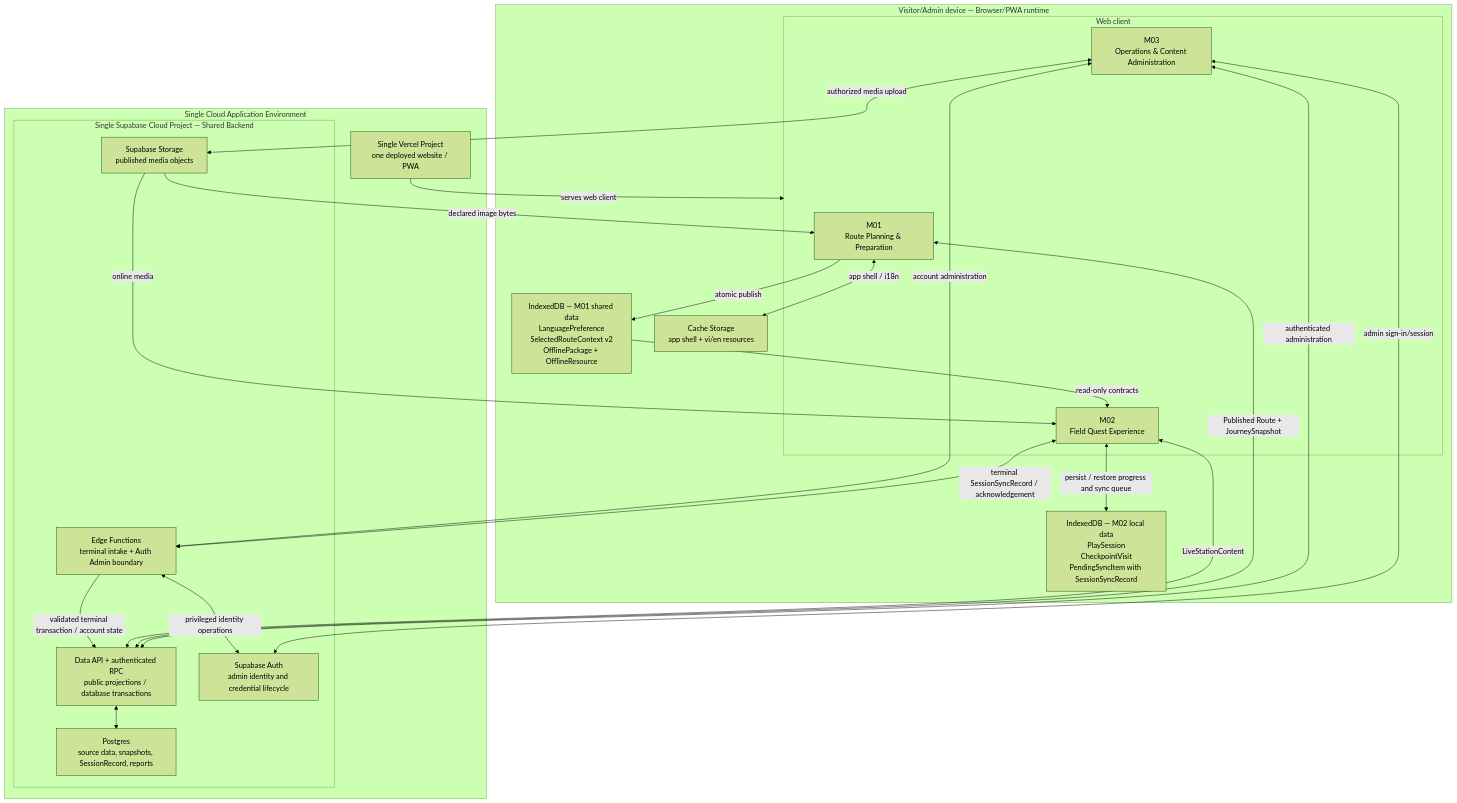
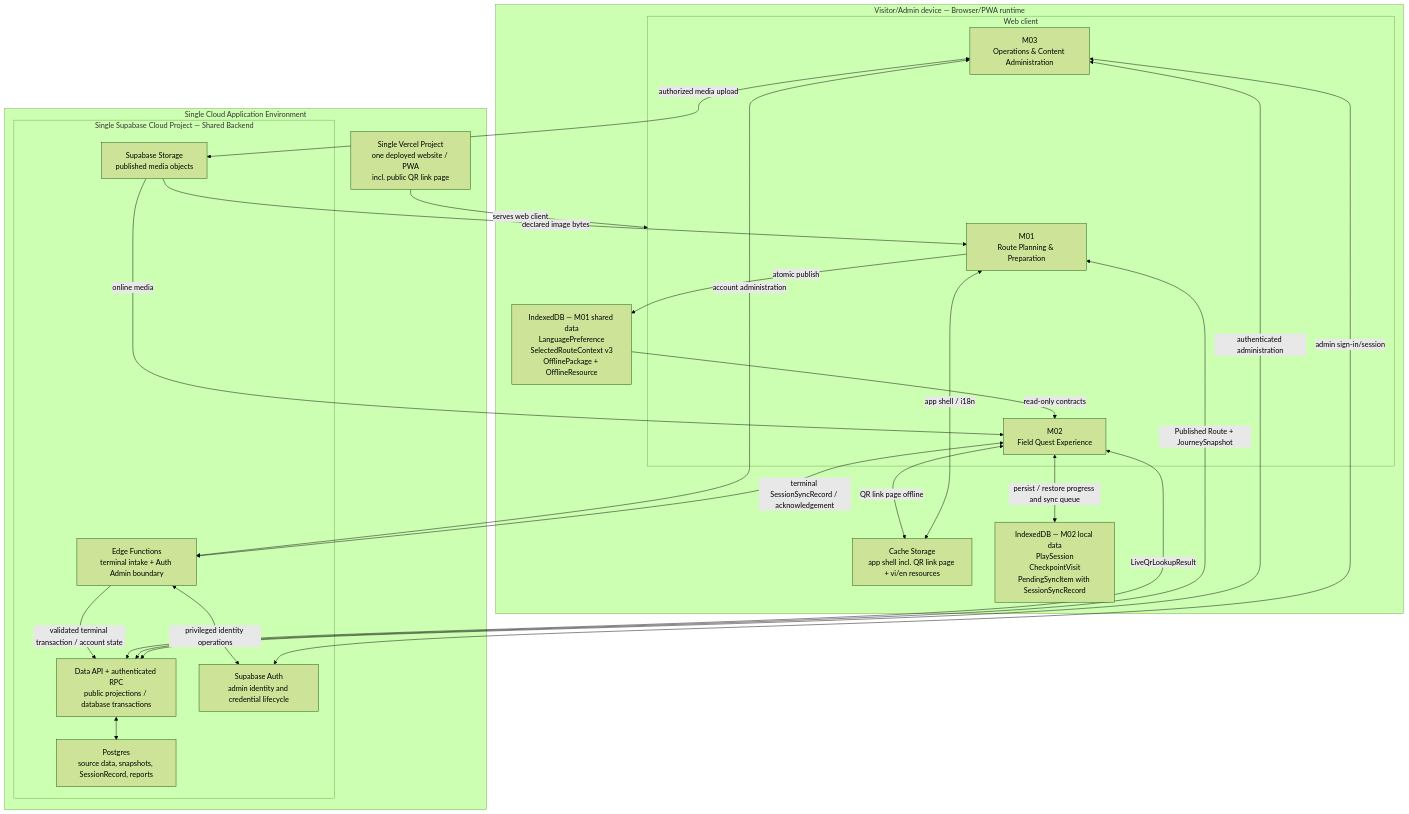
Before and after one commit to MckhueVanPhuc/Refactor-Cuc-Phuong: the diagram in docs/architecture/system-configuration.md, drawn with Mermaid (forest theme). The commit also changed other lines of this file and 6 other files, not shown here.

First line of the commit message:
docs: rebaseline architecture documents for V2

````diff
--- a/docs/architecture/system-configuration.md
+++ b/docs/architecture/system-configuration.md
@@ -15,47 +15,48 @@
 ```mermaid
 flowchart TB
     subgraph cloud["Single Cloud Application Environment"]
-        staticHost["Single Vercel Project<br/>one deployed website / PWA"]
+        staticHost["Single Vercel Project<br/>one deployed website / PWA<br/>incl. public QR link page"]
 
         subgraph backend["Single Supabase Cloud Project — Shared Backend"]
             serviceBoundary["Data API + authenticated RPC<br/>public projections / database transactions"]
             edge["Edge Functions<br/>terminal intake + Auth Admin boundary"]
             auth["Supabase Auth<br/>admin identity and credential lifecycle"]
             database["Postgres<br/>source data, snapshots, SessionRecord, reports"]
             objectStorage["Supabase Storage<br/>published media objects"]
         end
     end
 
     subgraph device["Visitor/Admin device — Browser/PWA runtime"]
         subgraph webClient["Web client"]
             m01["M01<br/>Route Planning & Preparation"]
             m02["M02<br/>Field Quest Experience"]
             m03["M03<br/>Operations & Content Administration"]
         end
 
-        cache["Cache Storage<br/>app shell + vi/en resources"]
-        shared["IndexedDB — M01 shared data<br/>LanguagePreference<br/>SelectedRouteContext v2<br/>OfflinePackage + OfflineResource"]
+        cache["Cache Storage<br/>app shell incl. QR link page + vi/en resources"]
+        shared["IndexedDB — M01 shared data<br/>LanguagePreference<br/>SelectedRouteContext v3<br/>OfflinePackage + OfflineResource"]
         sessionStore["IndexedDB — M02 local data<br/>PlaySession<br/>CheckpointVisit<br/>PendingSyncItem with SessionSyncRecord"]
     end
 
     staticHost -->|"serves web client"| webClient
 
     m01 <-->|"app shell / i18n"| cache
     m01 -->|"atomic publish"| shared
     shared -->|"read-only contracts"| m02
     m02 <-->|"persist / restore progress and sync queue"| sessionStore
 
     m03 <-->|"admin sign-in/session"| auth
     m03 <-->|"authenticated administration"| serviceBoundary
     m01 <-->|"Published Route + JourneySnapshot"| serviceBoundary
-    m02 <-->|"LiveStationContent"| serviceBoundary
+    m02 <-->|"LiveQrLookupResult"| serviceBoundary
+    m02 <-->|"QR link page offline"| cache
     m02 <-->|"terminal SessionSyncRecord / acknowledgement"| edge
     m03 <-->|"account administration"| edge
     edge -->|"validated terminal transaction / account state"| serviceBoundary
     edge <-->|"privileged identity operations"| auth
 
     serviceBoundary <--> database
     m03 <-->|"authorized media upload"| objectStorage
     objectStorage -->|"declared image bytes"| m01
     objectStorage -->|"online media"| m02
 ```
````
